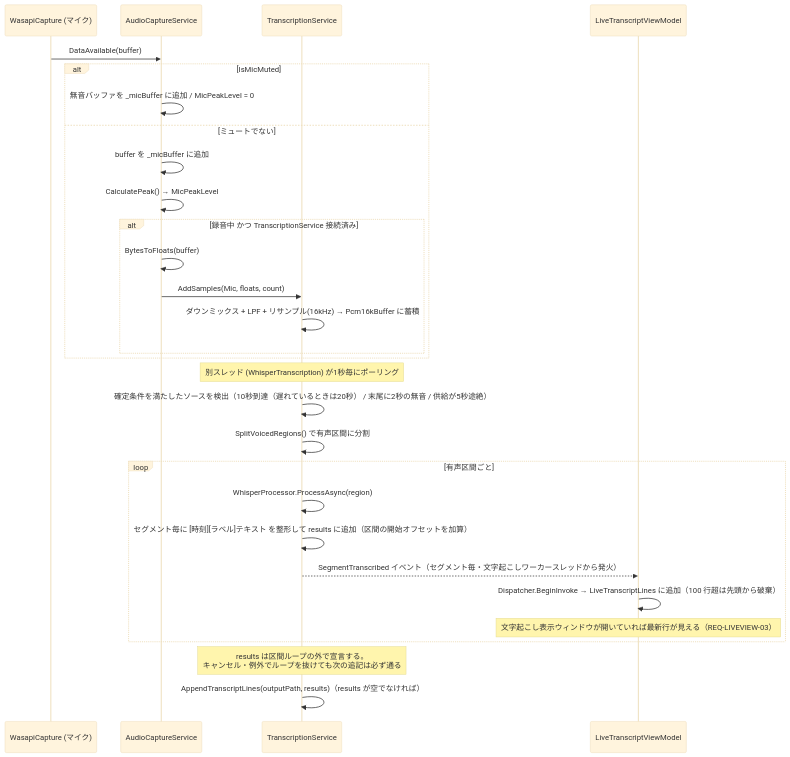
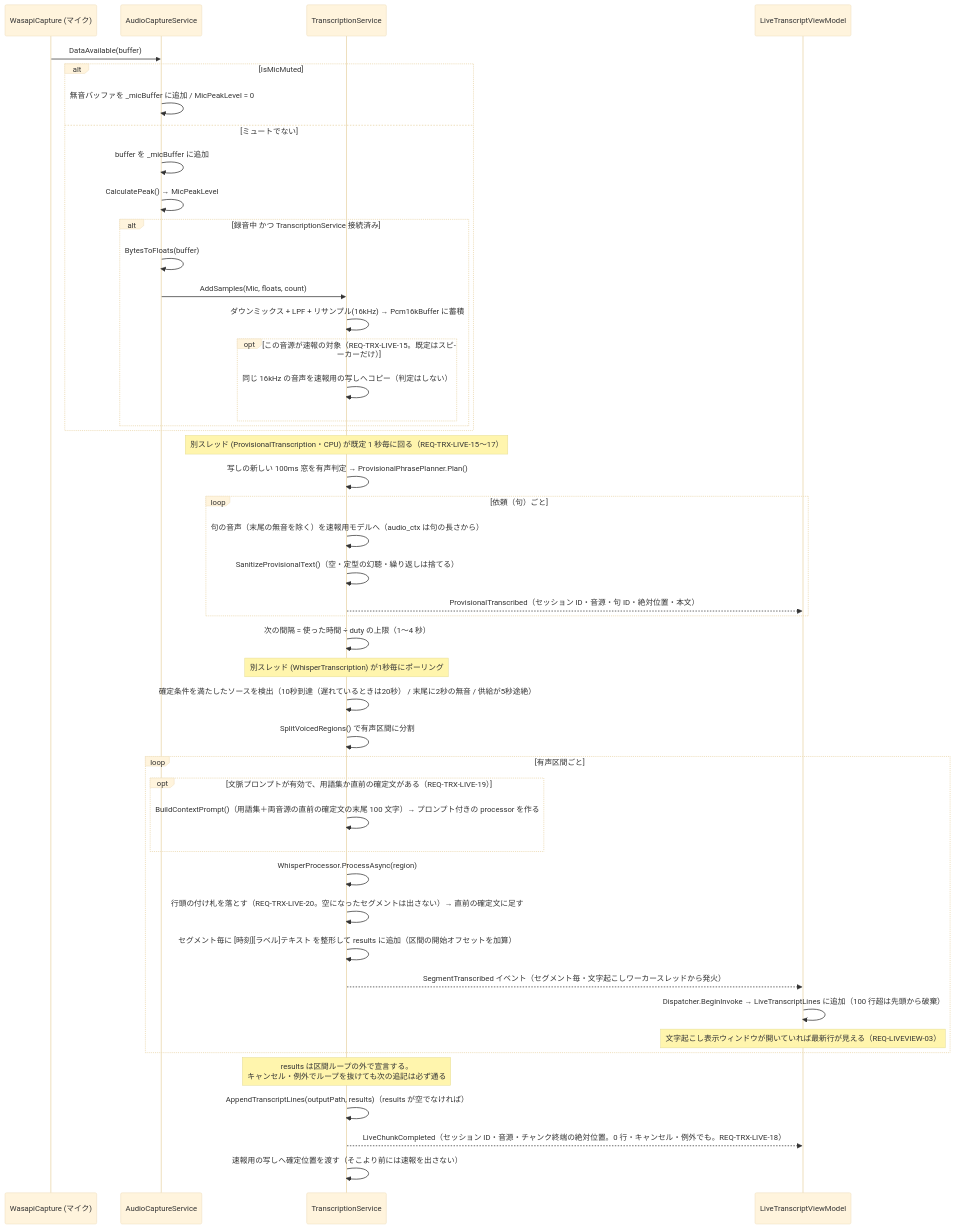
The third of 9 diagrams in docs/spec/04_sequence_diagram.md (otomac/audio-capture-app), drawn with Mermaid (base theme) before and after one commit. The commit also changed other lines of this file and 37 other files, not shown here.

````diff
--- a/docs/spec/04_sequence_diagram.md
+++ b/docs/spec/04_sequence_diagram.md
@@ -85,33 +91,51 @@
 ```mermaid
 sequenceDiagram
     participant Mic as WasapiCapture (マイク)
     participant ACS as AudioCaptureService
     participant TS as TranscriptionService
     participant LTVM as LiveTranscriptViewModel
 
     Mic->>ACS: DataAvailable(buffer)
     alt IsMicMuted
         ACS->>ACS: 無音バッファを _micBuffer に追加 / MicPeakLevel = 0
     else ミュートでない
         ACS->>ACS: buffer を _micBuffer に追加
         ACS->>ACS: CalculatePeak() → MicPeakLevel
         alt 録音中 かつ TranscriptionService 接続済み
             ACS->>ACS: BytesToFloats(buffer)
             ACS->>TS: AddSamples(Mic, floats, count)
             TS->>TS: ダウンミックス + LPF + リサンプル(16kHz) → Pcm16kBuffer に蓄積
+            opt この音源が速報の対象（REQ-TRX-LIVE-15。既定はスピーカーだけ）
+                TS->>TS: 同じ 16kHz の音声を速報用の写しへコピー（判定はしない）
+            end
         end
     end
+
+    Note over TS: 別スレッド (ProvisionalTranscription・CPU) が既定 1 秒毎に回る（REQ-TRX-LIVE-15〜17）
+    TS->>TS: 写しの新しい 100ms 窓を有声判定 → ProvisionalPhrasePlanner.Plan()
+    loop 依頼（句）ごと
+        TS->>TS: 句の音声（末尾の無音を除く）を速報用モデルへ（audio_ctx は句の長さから）
+        TS->>TS: SanitizeProvisionalText()（空・定型の幻聴・繰り返しは捨てる）
+        TS-->>LTVM: ProvisionalTranscribed（セッション ID・音源・句 ID・絶対位置・本文）
+    end
+    TS->>TS: 次の間隔 = 使った時間 ÷ duty の上限（1〜4 秒）
 
     Note over TS: 別スレッド (WhisperTranscription) が1秒毎にポーリング
     TS->>TS: 確定条件を満たしたソースを検出（10秒到達（遅れているときは20秒） / 末尾に2秒の無音 / 供給が5秒途絶）
     TS->>TS: SplitVoicedRegions() で有声区間に分割
     loop 有声区間ごと
+        opt 文脈プロンプトが有効で、用語集か直前の確定文がある（REQ-TRX-LIVE-19）
+            TS->>TS: BuildContextPrompt()（用語集＋両音源の直前の確定文の末尾 100 文字）→ プロンプト付きの processor を作る
+        end
         TS->>TS: WhisperProcessor.ProcessAsync(region)
+        TS->>TS: 行頭の付け札を落とす（REQ-TRX-LIVE-20。空になったセグメントは出さない）→ 直前の確定文に足す
         TS->>TS: セグメント毎に [時刻][ラベル]テキスト を整形して results に追加（区間の開始オフセットを加算）
         TS-->>LTVM: SegmentTranscribed イベント（セグメント毎・文字起こしワーカースレッドから発火）
         LTVM->>LTVM: Dispatcher.BeginInvoke → LiveTranscriptLines に追加（100 行超は先頭から破棄）
         Note over LTVM: 文字起こし表示ウィンドウが開いていれば最新行が見える（REQ-LIVEVIEW-03）
     end
     Note over TS: results は区間ループの外で宣言する。<br/>キャンセル・例外でループを抜けても次の追記は必ず通る
     TS->>TS: AppendTranscriptLines(outputPath, results)（results が空でなければ）
+    TS-->>LTVM: LiveChunkCompleted（セッション ID・音源・チャンク終端の絶対位置。0 行・キャンセル・例外でも。REQ-TRX-LIVE-18）
+    TS->>TS: 速報用の写しへ確定位置を渡す（そこより前には速報を出さない）
 ```
````
